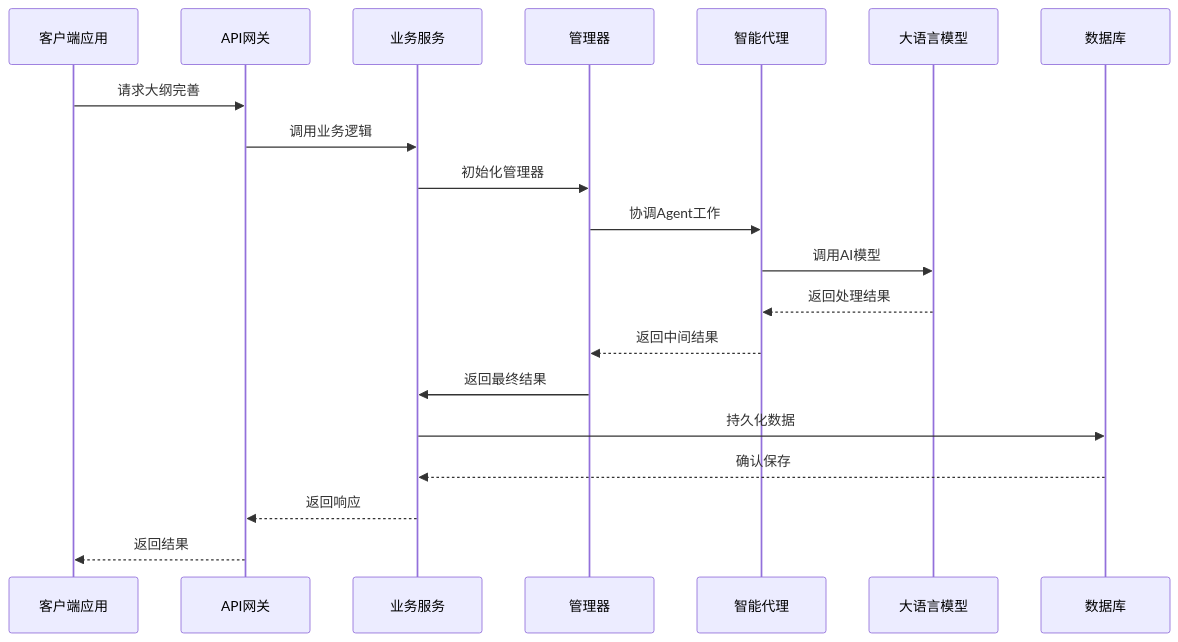
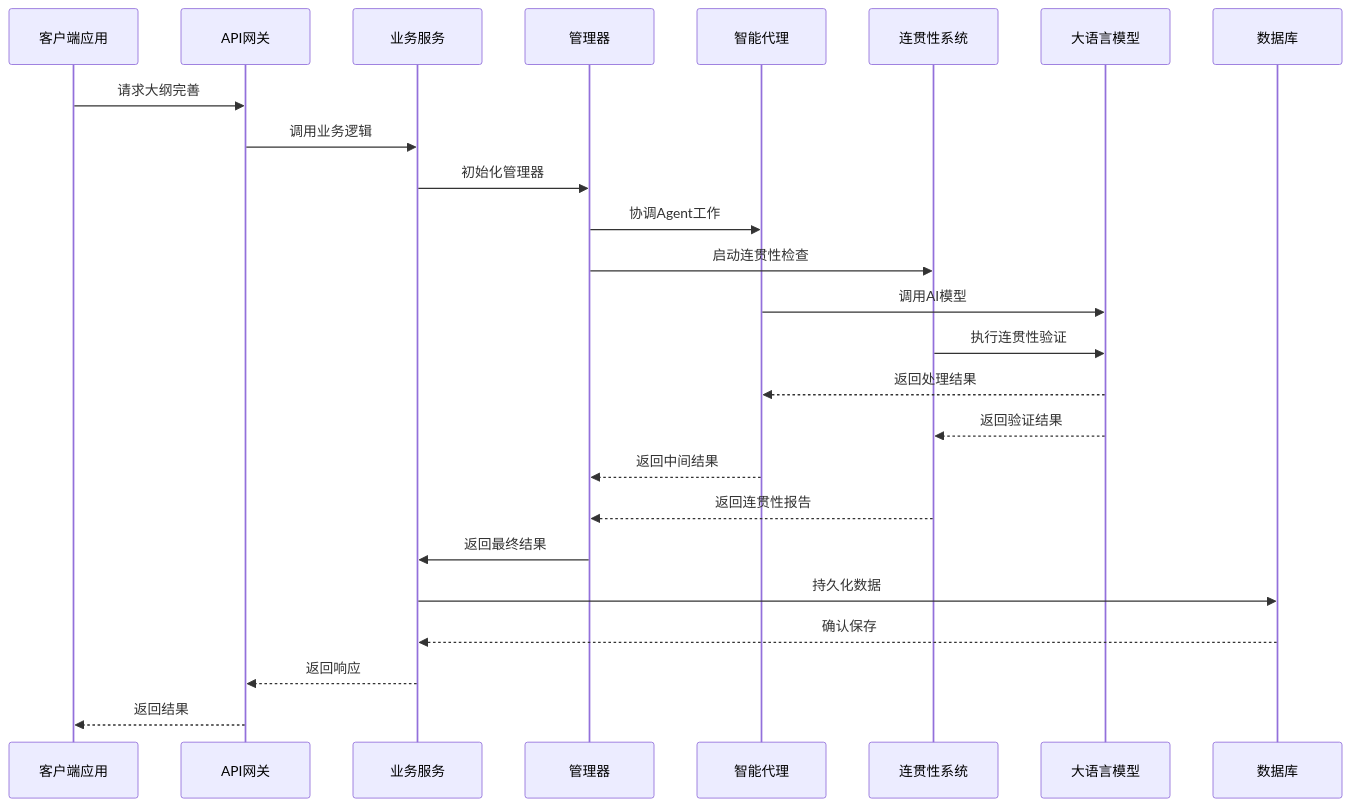
Before and after one commit to xfbyxq/ai-novel-system: the second of 9 diagrams in .qoder/repowiki/zh/content/AI智能体系统/智能大纲完善系统.md, drawn with Mermaid. The commit also changed other lines of this file and 8 other files, not shown here.

````diff
--- a/.qoder/repowiki/zh/content/AI智能体系统/智能大纲完善系统.md
+++ b/.qoder/repowiki/zh/content/AI智能体系统/智能大纲完善系统.md
@@ -157,22 +204,27 @@
 ```mermaid
 sequenceDiagram
 participant Client as 客户端应用
 participant API as API网关
 participant Service as 业务服务
 participant Manager as 管理器
 participant Agents as 智能代理
+participant Continuity as 连贯性系统
 participant LLM as 大语言模型
 participant DB as 数据库
 Client->>API : 请求大纲完善
 API->>Service : 调用业务逻辑
 Service->>Manager : 初始化管理器
 Manager->>Agents : 协调Agent工作
+Manager->>Continuity : 启动连贯性检查
 Agents->>LLM : 调用AI模型
+Continuity->>LLM : 执行连贯性验证
 LLM-->>Agents : 返回处理结果
+LLM-->>Continuity : 返回验证结果
 Agents-->>Manager : 返回中间结果
+Continuity-->>Manager : 返回连贯性报告
 Manager->>Service : 返回最终结果
 Service->>DB : 持久化数据
 DB-->>Service : 确认保存
 Service-->>API : 返回响应
 API-->>Client : 返回结果
 ```
````
